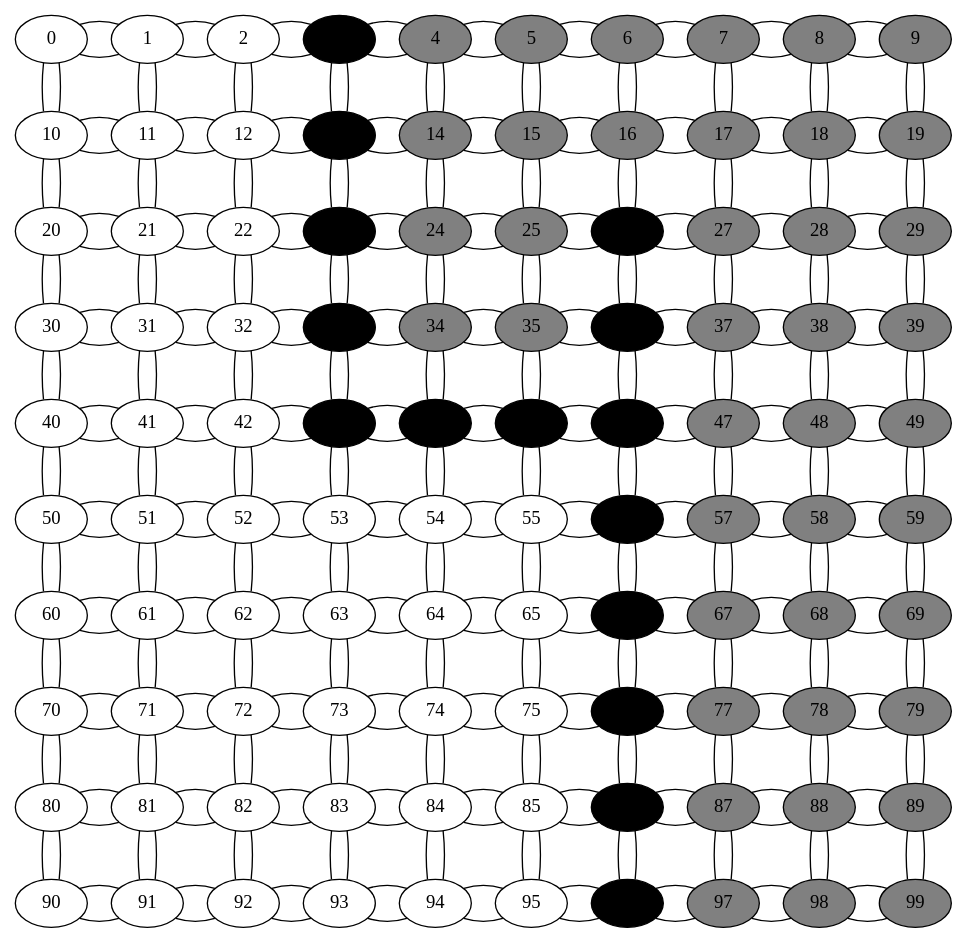
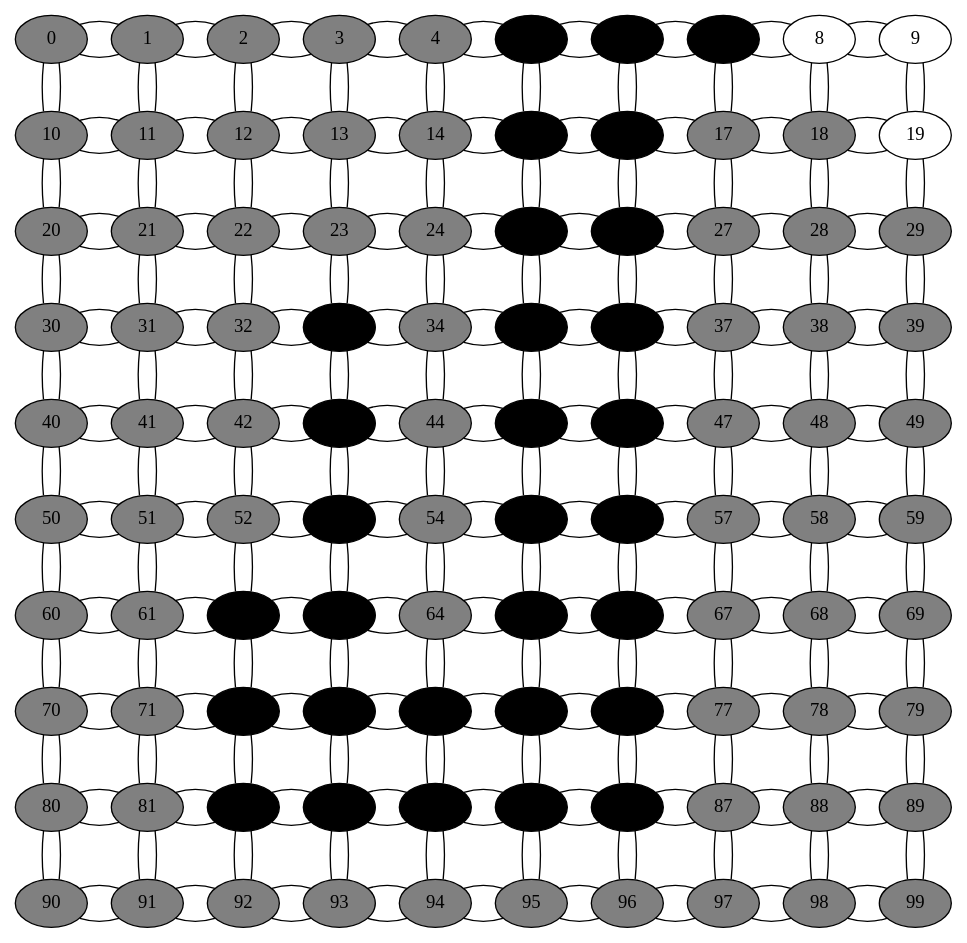
The diagram in graphviz.dot (IsacSouzaCampos/grafo_c-), drawn with Graphviz before and after one commit. The commit also changed 1 other file, not shown here.

```diff
--- a/graphviz.dot
+++ b/graphviz.dot
@@ -369,58 +369,100 @@
 {rank = same; 70 71 72 73 74 75 76 77 78 79 }
 {rank = same; 80 81 82 83 84 85 86 87 88 89 }
 {rank = same; 90 91 92 93 94 95 96 97 98 99 }
-3 [style=filled, fillcolor=black]
+0 [style=filled, fillcolor=grey]
+1 [style=filled, fillcolor=grey]
+2 [style=filled, fillcolor=grey]
+3 [style=filled, fillcolor=grey]
 4 [style=filled, fillcolor=grey]
-5 [style=filled, fillcolor=grey]
-6 [style=filled, fillcolor=grey]
-7 [style=filled, fillcolor=grey]
-8 [style=filled, fillcolor=grey]
-9 [style=filled, fillcolor=grey]
-13 [style=filled, fillcolor=black]
+5 [style=filled, fillcolor=black]
+6 [style=filled, fillcolor=black]
+7 [style=filled, fillcolor=black]
+10 [style=filled, fillcolor=grey]
+11 [style=filled, fillcolor=grey]
+12 [style=filled, fillcolor=grey]
+13 [style=filled, fillcolor=grey]
 14 [style=filled, fillcolor=grey]
-15 [style=filled, fillcolor=grey]
-16 [style=filled, fillcolor=grey]
+15 [style=filled, fillcolor=black]
+16 [style=filled, fillcolor=black]
 17 [style=filled, fillcolor=grey]
 18 [style=filled, fillcolor=grey]
-19 [style=filled, fillcolor=grey]
-23 [style=filled, fillcolor=black]
+20 [style=filled, fillcolor=grey]
+21 [style=filled, fillcolor=grey]
+22 [style=filled, fillcolor=grey]
+23 [style=filled, fillcolor=grey]
 24 [style=filled, fillcolor=grey]
-25 [style=filled, fillcolor=grey]
+25 [style=filled, fillcolor=black]
 26 [style=filled, fillcolor=black]
 27 [style=filled, fillcolor=grey]
 28 [style=filled, fillcolor=grey]
 29 [style=filled, fillcolor=grey]
+30 [style=filled, fillcolor=grey]
+31 [style=filled, fillcolor=grey]
+32 [style=filled, fillcolor=grey]
 33 [style=filled, fillcolor=black]
 34 [style=filled, fillcolor=grey]
-35 [style=filled, fillcolor=grey]
+35 [style=filled, fillcolor=black]
 36 [style=filled, fillcolor=black]
 37 [style=filled, fillcolor=grey]
 38 [style=filled, fillcolor=grey]
 39 [style=filled, fillcolor=grey]
+40 [style=filled, fillcolor=grey]
+41 [style=filled, fillcolor=grey]
+42 [style=filled, fillcolor=grey]
 43 [style=filled, fillcolor=black]
-44 [style=filled, fillcolor=black]
+44 [style=filled, fillcolor=grey]
 45 [style=filled, fillcolor=black]
 46 [style=filled, fillcolor=black]
 47 [style=filled, fillcolor=grey]
 48 [style=filled, fillcolor=grey]
 49 [style=filled, fillcolor=grey]
+50 [style=filled, fillcolor=grey]
+51 [style=filled, fillcolor=grey]
+52 [style=filled, fillcolor=grey]
+53 [style=filled, fillcolor=black]
+54 [style=filled, fillcolor=grey]
+55 [style=filled, fillcolor=black]
 56 [style=filled, fillcolor=black]
 57 [style=filled, fillcolor=grey]
 58 [style=filled, fillcolor=grey]
 59 [style=filled, fillcolor=grey]
+60 [style=filled, fillcolor=grey]
+61 [style=filled, fillcolor=grey]
+62 [style=filled, fillcolor=black]
+63 [style=filled, fillcolor=black]
+64 [style=filled, fillcolor=grey]
+65 [style=filled, fillcolor=black]
 66 [style=filled, fillcolor=black]
 67 [style=filled, fillcolor=grey]
 68 [style=filled, fillcolor=grey]
 69 [style=filled, fillcolor=grey]
+70 [style=filled, fillcolor=grey]
+71 [style=filled, fillcolor=grey]
+72 [style=filled, fillcolor=black]
+73 [style=filled, fillcolor=black]
+74 [style=filled, fillcolor=black]
+75 [style=filled, fillcolor=black]
 76 [style=filled, fillcolor=black]
 77 [style=filled, fillcolor=grey]
 78 [style=filled, fillcolor=grey]
 79 [style=filled, fillcolor=grey]
+80 [style=filled, fillcolor=grey]
+81 [style=filled, fillcolor=grey]
+82 [style=filled, fillcolor=black]
+83 [style=filled, fillcolor=black]
+84 [style=filled, fillcolor=black]
+85 [style=filled, fillcolor=black]
 86 [style=filled, fillcolor=black]
 87 [style=filled, fillcolor=grey]
 88 [style=filled, fillcolor=grey]
 89 [style=filled, fillcolor=grey]
-96 [style=filled, fillcolor=black]
+90 [style=filled, fillcolor=grey]
+91 [style=filled, fillcolor=grey]
+92 [style=filled, fillcolor=grey]
+93 [style=filled, fillcolor=grey]
+94 [style=filled, fillcolor=grey]
+95 [style=filled, fillcolor=grey]
+96 [style=filled, fillcolor=grey]
 97 [style=filled, fillcolor=grey]
 98 [style=filled, fillcolor=grey]
 99 [style=filled, fillcolor=grey]
```
